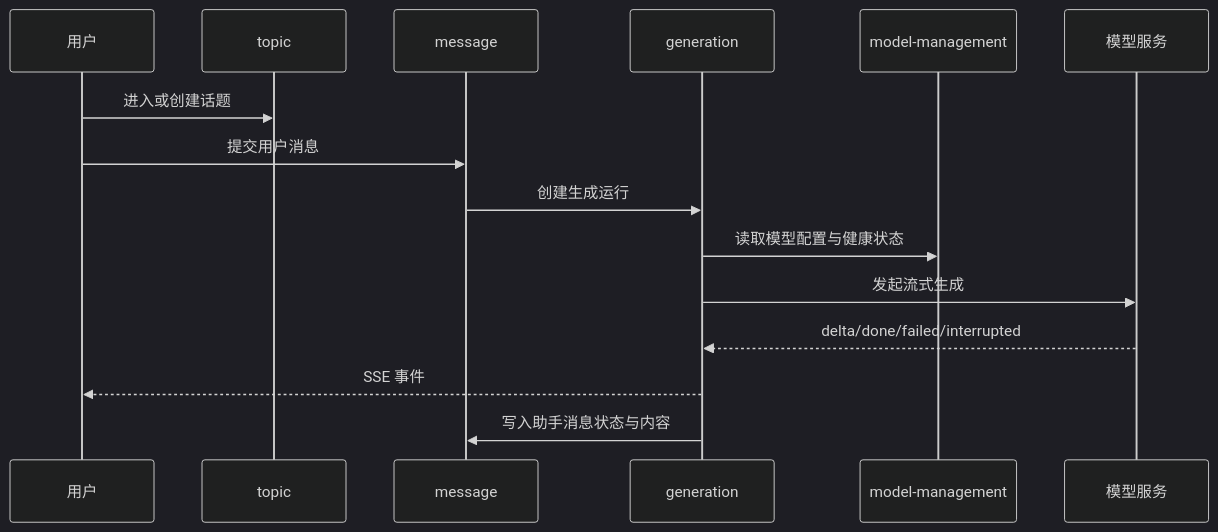
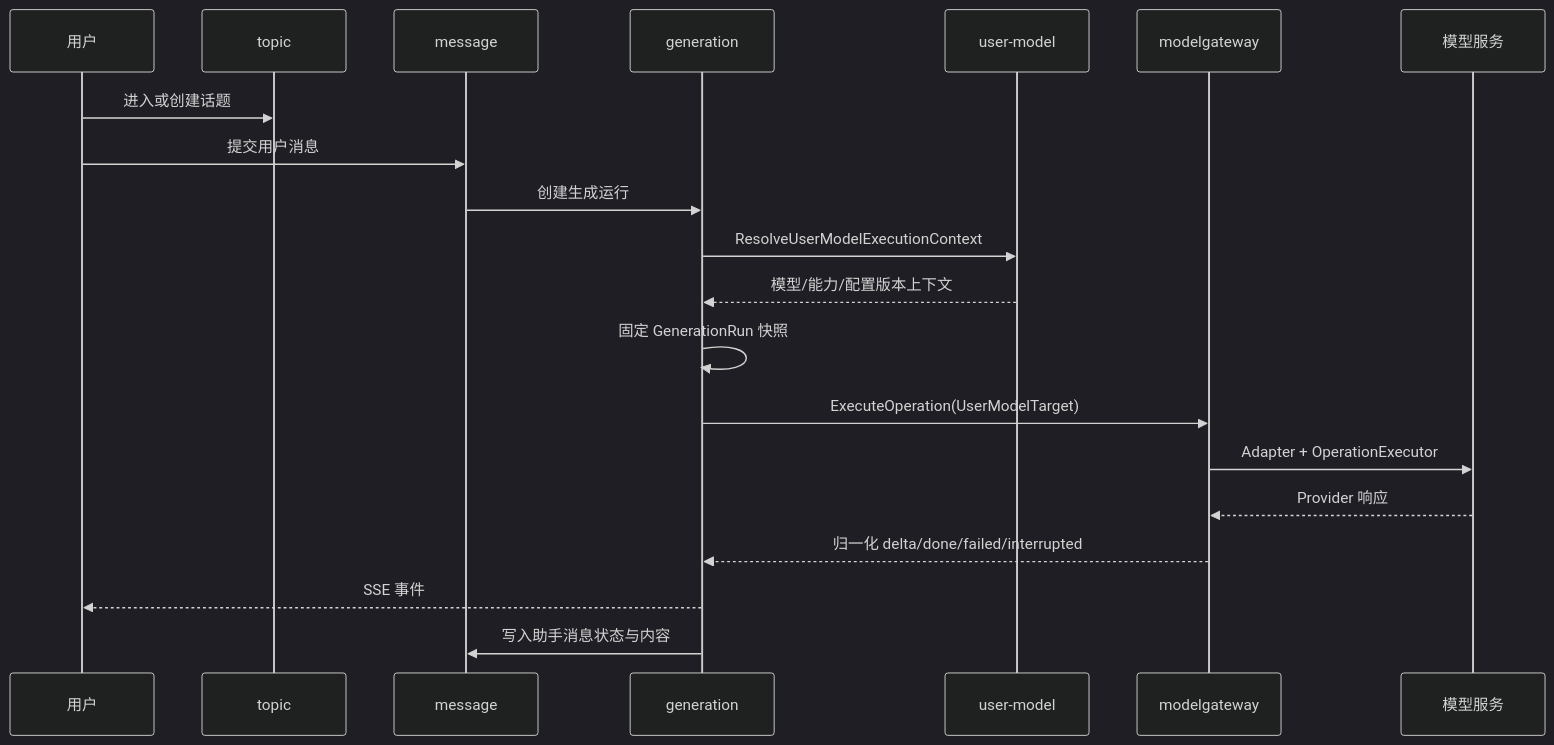
The diagram in 02_architecture/domains/ai-chatting.md (wangweihong/omnimam-spec), drawn with Mermaid (dark theme) before and after one commit. The commit also changed other lines of this file and 43 other files, not shown here.

Commit message:
spec: unify user model and model gateway

````diff
--- a/02_architecture/domains/ai-chatting.md
+++ b/02_architecture/domains/ai-chatting.md
@@ -30,18 +31,23 @@
 ```mermaid
 sequenceDiagram
   participant User as 用户
   participant Topic as topic
   participant Msg as message
   participant Gen as generation
-  participant Model as model-management
-  participant LLM as 模型服务
+  participant Model as user-model
+  participant Gateway as modelgateway
+  participant Provider as 模型服务
 
   User->>Topic: 进入或创建话题
   User->>Msg: 提交用户消息
   Msg->>Gen: 创建生成运行
-  Gen->>Model: 读取模型配置与健康状态
-  Gen->>LLM: 发起流式生成
-  LLM-->>Gen: delta/done/failed/interrupted
+  Gen->>Model: ResolveUserModelExecutionContext
+  Model-->>Gen: 模型/能力/配置版本上下文
+  Gen->>Gen: 固定 GenerationRun 快照
+  Gen->>Gateway: ExecuteOperation(UserModelTarget)
+  Gateway->>Provider: Adapter + OperationExecutor
+  Provider-->>Gateway: Provider 响应
+  Gateway-->>Gen: 归一化 delta/done/failed/interrupted
   Gen-->>User: SSE 事件
   Gen->>Msg: 写入助手消息状态与内容
 ```
````
